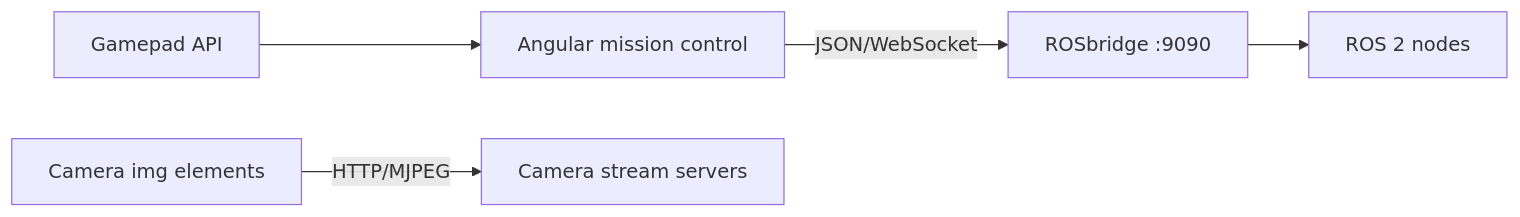
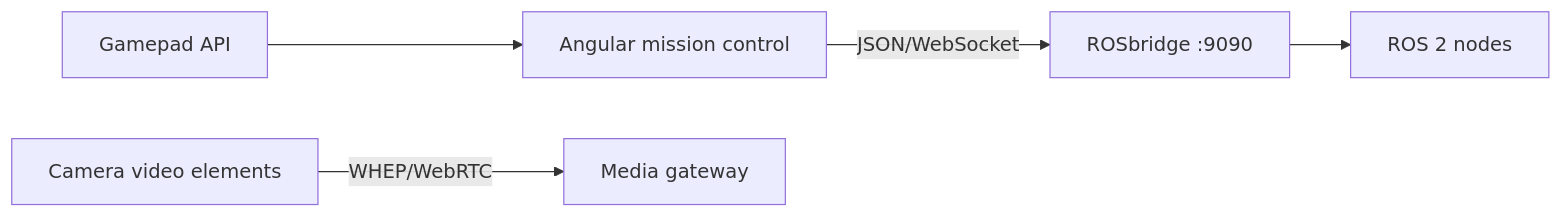
Before and after one commit to deakin-robotics/Chasmata-2027: the diagram in gui/README.md, drawn with Mermaid. The commit also changed other lines of this file and 29 other files, not shown here.

Commit message:
Add WebRTC camera stack

````diff
--- a/gui/README.md
+++ b/gui/README.md
@@ -59,7 +62,7 @@
 ```mermaid
 flowchart LR
     gamepad[Gamepad API] --> gui[Angular mission control]
     gui -->|JSON/WebSocket| rosbridge[ROSbridge :9090]
     rosbridge --> ros[ROS 2 nodes]
-    camera[Camera img elements] -->|HTTP/MJPEG| streams[Camera stream servers]
+    camera[Camera video elements] -->|WHEP/WebRTC| streams[Media gateway]
 ```
````
